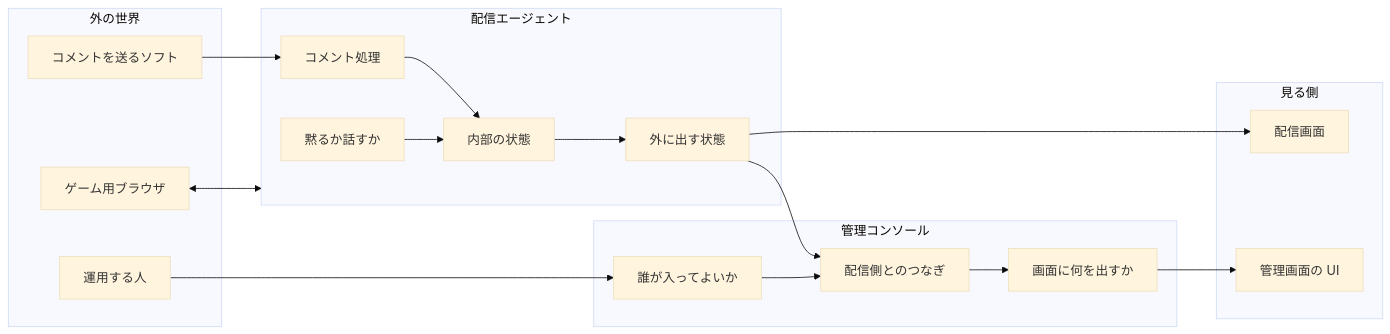
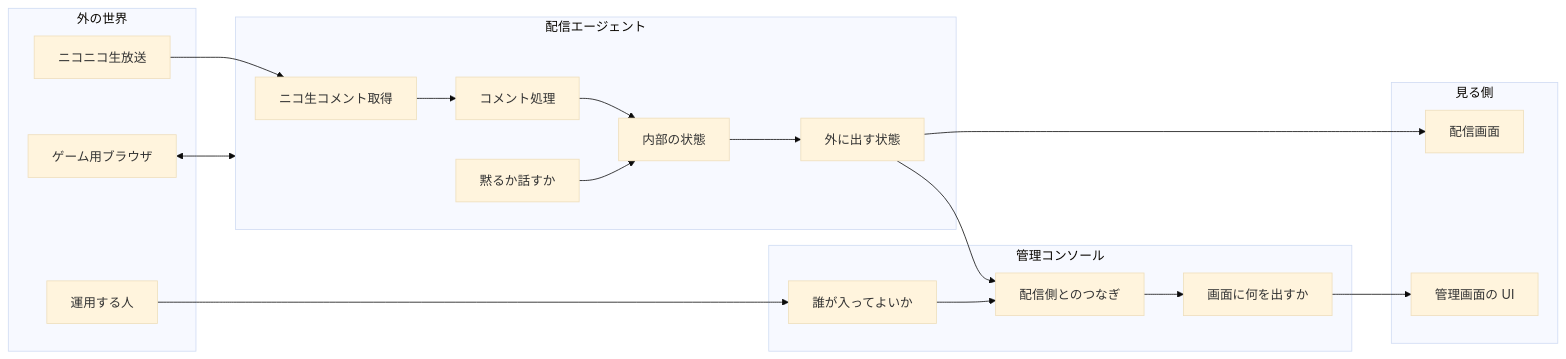
The first of 2 diagrams in architecture/overview.md (nahcnuj/makamujo), drawn with Mermaid (base theme) before and after one commit. The commit also changed other lines of this file and 3 other files, not shown here.

Commit message:
docs(architecture): fold contracts into overview, drop integration-spec

````diff
--- a/architecture/overview.md
+++ b/architecture/overview.md
@@ -37,38 +35,40 @@
 ```mermaid
 flowchart LR
   subgraph External["外の世界"]
-    Comments["コメントを送るソフト"]
+    Nico["ニコニコ生放送"]
     Game["ゲーム用ブラウザ"]
     Operator["運用する人"]
   end
 
   subgraph Agent["配信エージェント"]
+    Ingress["ニコ生コメント取得"]
     Session["内部の状態"]
     CommentsLogic["コメント処理"]
     Silence["黙るか話すか"]
     Publish["外に出す状態"]
   end
 
   subgraph Admin["管理コンソール"]
     Login["誰が入ってよいか"]
     Display["画面に何を出すか"]
     Bridge["配信側とのつなぎ"]
   end
 
   subgraph Screens["見る側"]
     LiveUI["配信画面"]
     AdminUI["管理画面の UI"]
   end
 
-  Comments --> CommentsLogic
+  Nico --> Ingress
+  Ingress --> CommentsLogic
   Game <--> Agent
   CommentsLogic --> Session
   Silence --> Session
   Session --> Publish
   Publish --> LiveUI
   Publish --> Bridge
   Bridge --> Display
   Display --> AdminUI
   Operator --> Login
   Login --> Bridge
 ```
````
